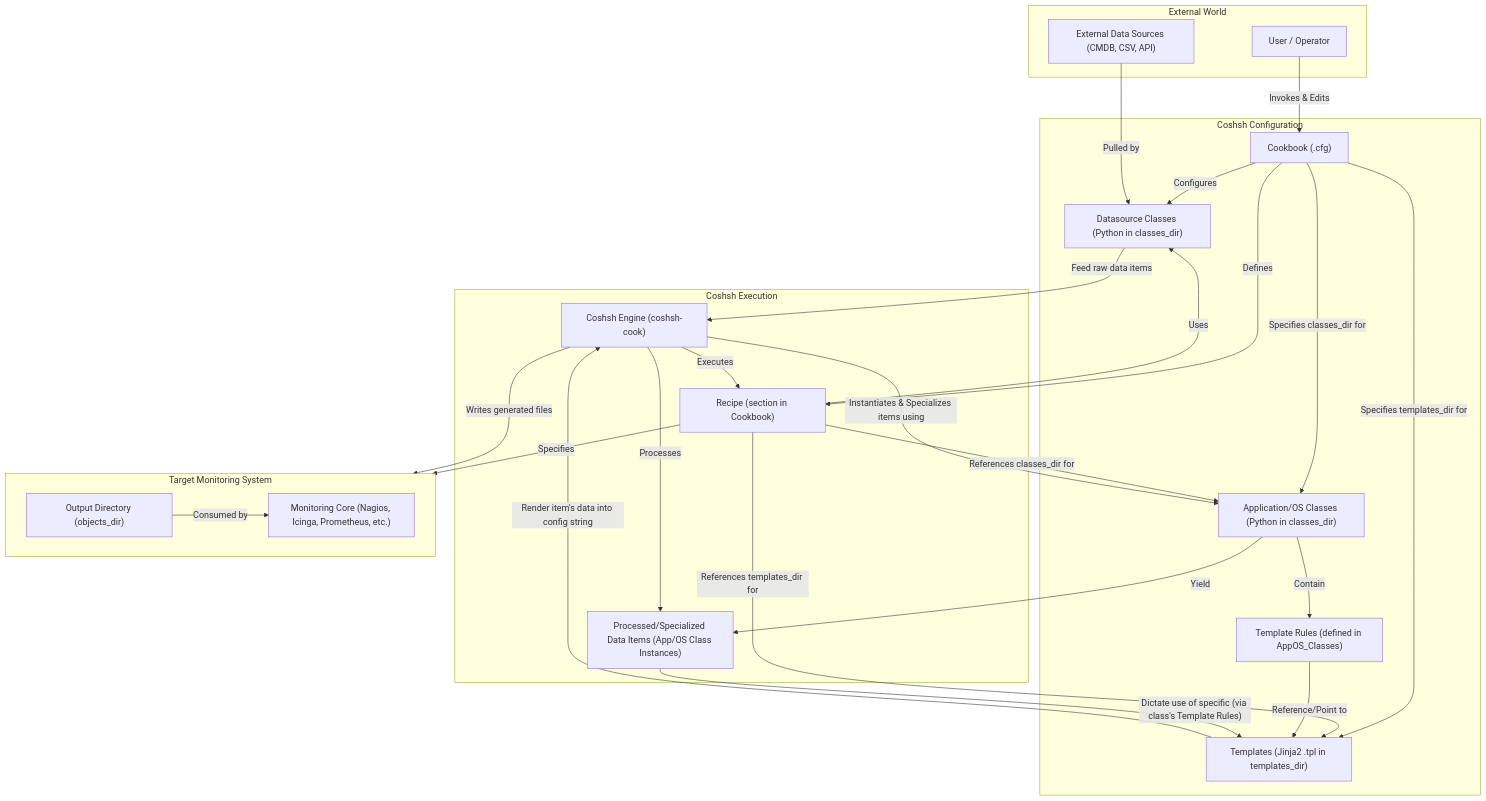
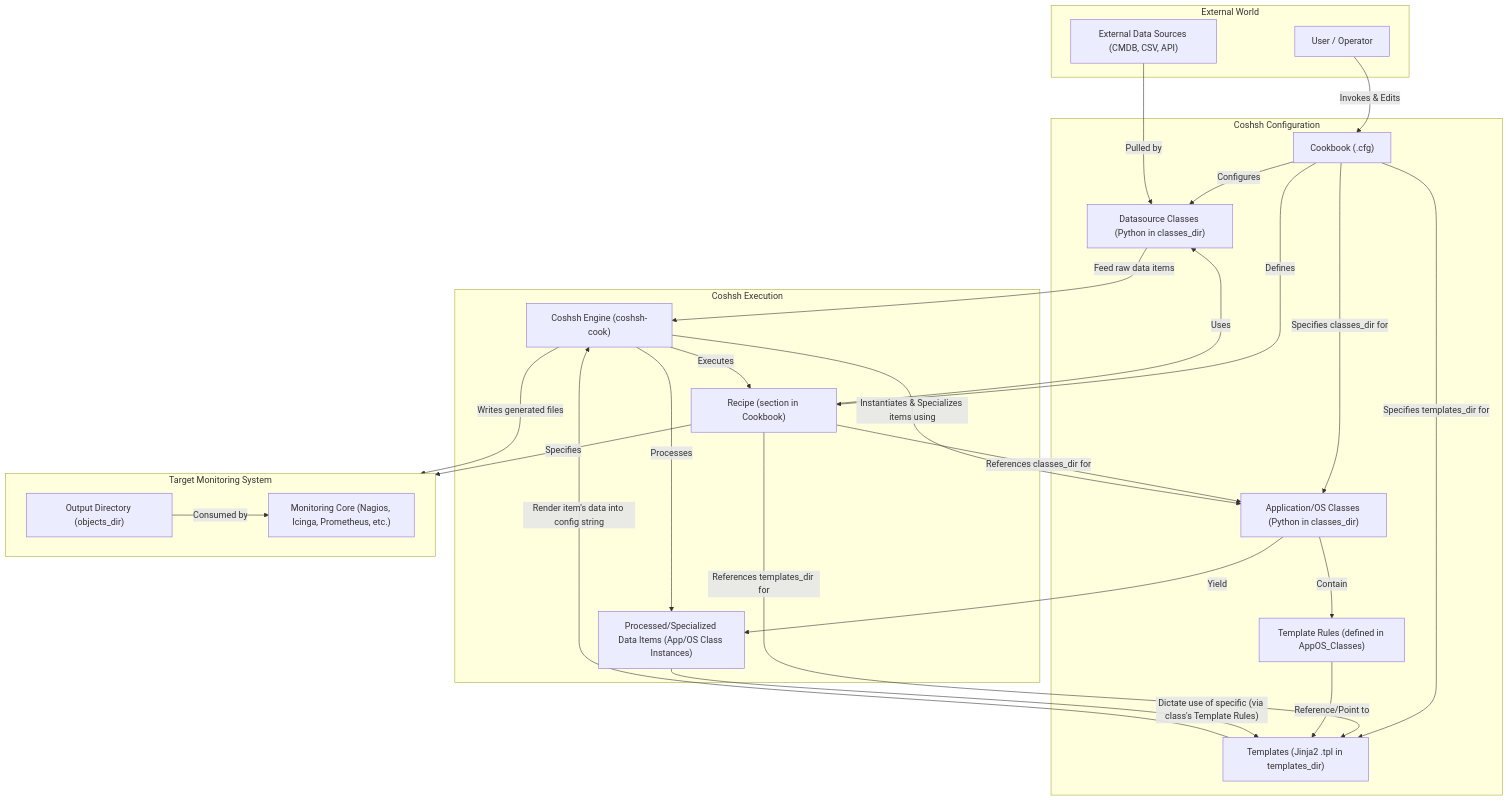
One commit to lausser/coshsh changed the diagram in coshsh_principle_diagram.md. Above: the diagram before and after it, drawn with Mermaid.

Commit message:
Experiment: Add invisible links for layout in Mermaid diagram
This commit updates `coshsh_principle_diagram.md` with experimental invisible links. The goal is to try and influence the alignment of the subgraphs for a more grid-like appearance.

Invisible links added between:
- User and Cookbook
- Cookbook and Engine
- Engine and Output

Corresponding linkStyle directives have been added. The effectiveness of this change will be determined by rendering the diagram.

````diff
--- a/coshsh_principle_diagram.md
+++ b/coshsh_principle_diagram.md
@@ -1,55 +1,63 @@
 ```mermaid
 graph TD
     subgraph ExternalWorld["External World"]
         ExtData["External Data Sources (CMDB, CSV, API)"]
         User["User / Operator"]
     end
 
     subgraph CoshshConfiguration["Coshsh Configuration"]
         Cookbook["Cookbook (.cfg)"]
         DS_Classes["Datasource Classes (Python in classes_dir)"]
         AppOS_Classes["Application/OS Classes (Python in classes_dir)"]
         TRules["Template Rules (defined in AppOS_Classes)"]
         Templates["Templates (Jinja2 .tpl in templates_dir)"]
     end
 
     subgraph CoshshExecution["Coshsh Execution"]
         Engine["Coshsh Engine (coshsh-cook)"]
         Recipe["Recipe (section in Cookbook)"]
         ProcessedItems["Processed/Specialized Data Items (App/OS Class Instances)"]
     end
 
     subgraph MonitoringSystem["Target Monitoring System"]
         direction LR
         Output["Output Directory (objects_dir)"]
         MonitoringCore["Monitoring Core (Nagios, Icinga, Prometheus, etc.)"]
     end
 
     User -- Invokes & Edits --> Cookbook
     Cookbook -- Defines --> Recipe
     Cookbook -- Configures --> DS_Classes
     Cookbook -- "Specifies classes_dir for" --> AppOS_Classes
     Cookbook -- "Specifies templates_dir for" --> Templates
 
     Recipe -- Uses --> DS_Classes
     Recipe -- "References classes_dir for" --> AppOS_Classes
     Recipe -- "References templates_dir for" --> Templates
     Recipe -- Specifies --> Output
 
     ExtData -- Pulled by --> DS_Classes
     DS_Classes -- "Feed raw data items" --> Engine
 
     Engine -- Executes --> Recipe
     Engine -- "Instantiates & Specializes items using" --> AppOS_Classes
     AppOS_Classes -- "Contain" --> TRules
     AppOS_Classes -- "Yield" --> ProcessedItems
 
     TRules -- "Reference/Point to" --> Templates
 
     Engine -- "Processes" --> ProcessedItems
     ProcessedItems -- "Dictate use of specific (via class's Template Rules)" --> Templates
 
     Templates -- "Render item's data into config string" --> Engine
     Engine -- "Writes generated files" --> Output
     Output -- "Consumed by" --> MonitoringCore
+
+    User ~~~ Cookbook
+    Cookbook ~~~ Engine
+    Engine ~~~ Output
+
+    linkStyle 21 stroke-width:0px;
+    linkStyle 22 stroke-width:0px;
+    linkStyle 23 stroke-width:0px;
 ```
````
